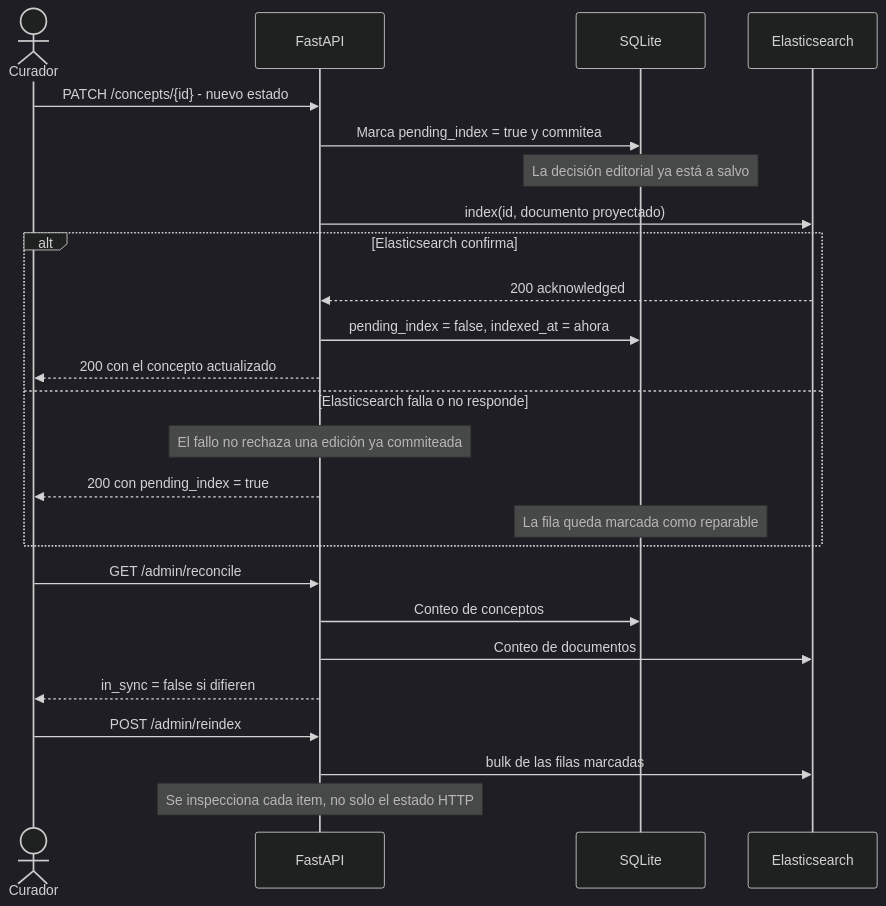
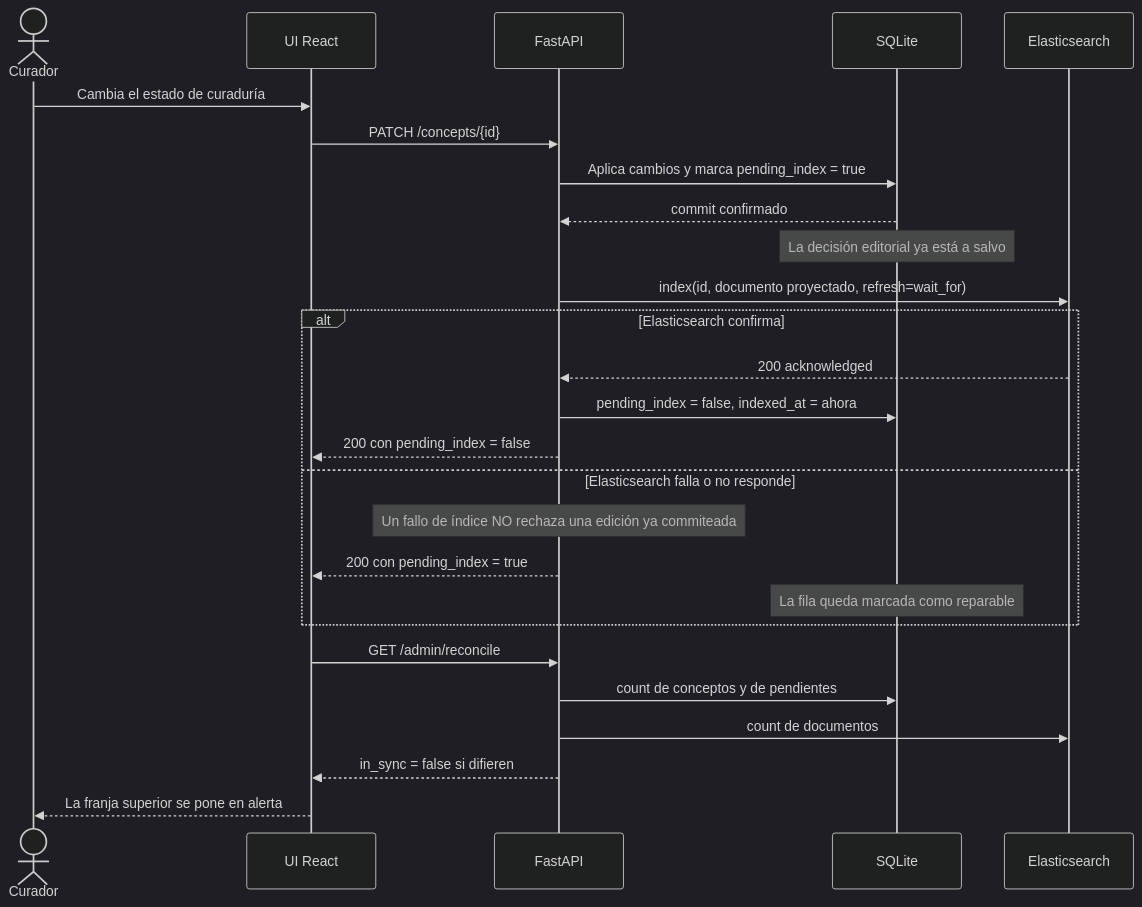
The fourth of 10 diagrams in docs/architecture.md (jonatha1992/bigdata-elasticsearch), drawn with Mermaid (dark theme) before and after one commit. The commit also changed other lines of this file and 19 other files, not shown here.

````diff
--- a/docs/architecture.md
+++ b/docs/architecture.md
@@ -67,27 +198,32 @@
 ```mermaid
 sequenceDiagram
     actor Curator as Curador
+    participant UI as UI React
     participant API as FastAPI
     participant DB as SQLite
     participant ES as Elasticsearch
-    Curator->>API: PATCH /concepts/{id} - nuevo estado
-    API->>DB: Marca pending_index = true y commitea
+
+    Curator->>UI: Cambia el estado de curaduría
+    UI->>API: PATCH /concepts/{id}
+    API->>DB: Aplica cambios y marca pending_index = true
+    DB-->>API: commit confirmado
     Note over DB: La decisión editorial ya está a salvo
-    API->>ES: index(id, documento proyectado)
+
+    API->>ES: index(id, documento proyectado, refresh=wait_for)
+
     alt Elasticsearch confirma
         ES-->>API: 200 acknowledged
         API->>DB: pending_index = false, indexed_at = ahora
-        API-->>Curator: 200 con el concepto actualizado
+        API-->>UI: 200 con pending_index = false
     else Elasticsearch falla o no responde
-        Note over API: El fallo no rechaza una edición ya commiteada
-        API-->>Curator: 200 con pending_index = true
+        Note over API: Un fallo de índice NO rechaza una edición ya commiteada
+        API-->>UI: 200 con pending_index = true
         Note over DB: La fila queda marcada como reparable
     end
-    Curator->>API: GET /admin/reconcile
-    API->>DB: Conteo de conceptos
-    API->>ES: Conteo de documentos
-    API-->>Curator: in_sync = false si difieren
-    Curator->>API: POST /admin/reindex
-    API->>ES: bulk de las filas marcadas
-    Note over API: Se inspecciona cada item, no solo el estado HTTP
+
+    UI->>API: GET /admin/reconcile
+    API->>DB: count de conceptos y de pendientes
+    API->>ES: count de documentos
+    API-->>UI: in_sync = false si difieren
+    UI-->>Curator: La franja superior se pone en alerta
 ```
````
